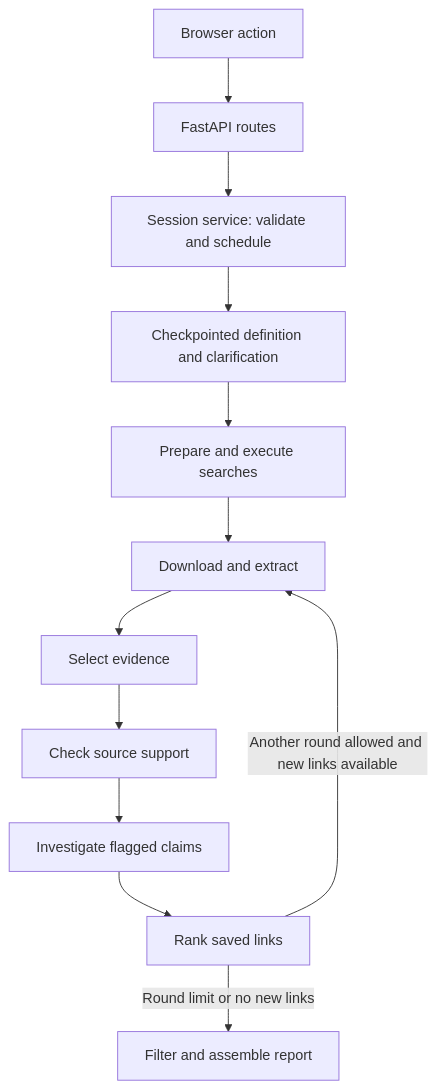
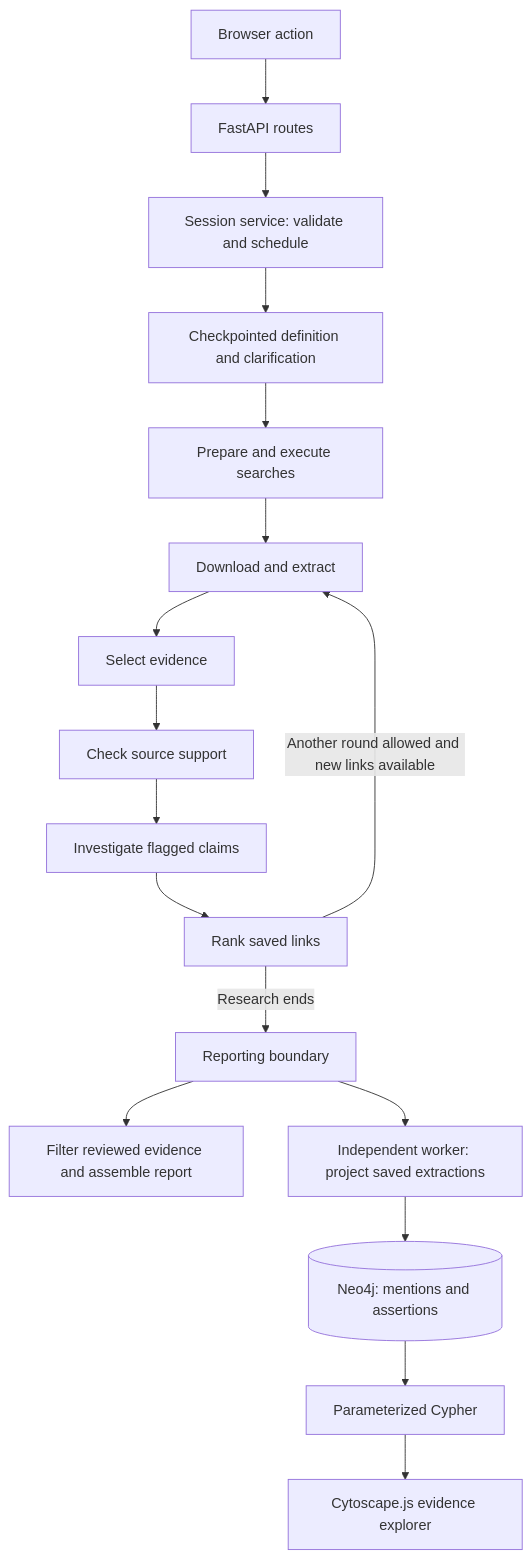
The diagram in CODE_GUIDE.md (stochasticrobot/ProjectClarity), drawn with Mermaid before and after one commit. The commit also changed other lines of this file and 79 other files, not shown here.

Commit message:
Add evidence knowledge graph, extraction repairs, and search resilience

````diff
--- a/CODE_GUIDE.md
+++ b/CODE_GUIDE.md
@@ -22,14 +28,19 @@
 ```mermaid
 flowchart TD
     UI[Browser action] --> API[FastAPI routes]
     API --> S[Session service: validate and schedule]
     S --> SETUP[Checkpointed definition and clarification]
     SETUP --> SEARCH[Prepare and execute searches]
     SEARCH --> DOC[Download and extract]
     DOC --> SELECT[Select evidence]
     SELECT --> TRIAGE[Check source support]
     TRIAGE --> INVESTIGATE[Investigate flagged claims]
     INVESTIGATE --> LINKS[Rank saved links]
     LINKS -->|Another round allowed and new links available| DOC
-    LINKS -->|Round limit or no new links| REPORT[Filter and assemble report]
+    LINKS -->|Research ends| OUTPUTS[Reporting boundary]
+    OUTPUTS --> REPORT[Filter reviewed evidence and assemble report]
+    OUTPUTS --> KG[Independent worker: project saved extractions]
+    KG --> NEO[(Neo4j: mentions and assertions)]
+    NEO --> CYPHER[Parameterized Cypher]
+    CYPHER --> EXPLORE[Cytoscape.js evidence explorer]
 ```
````
